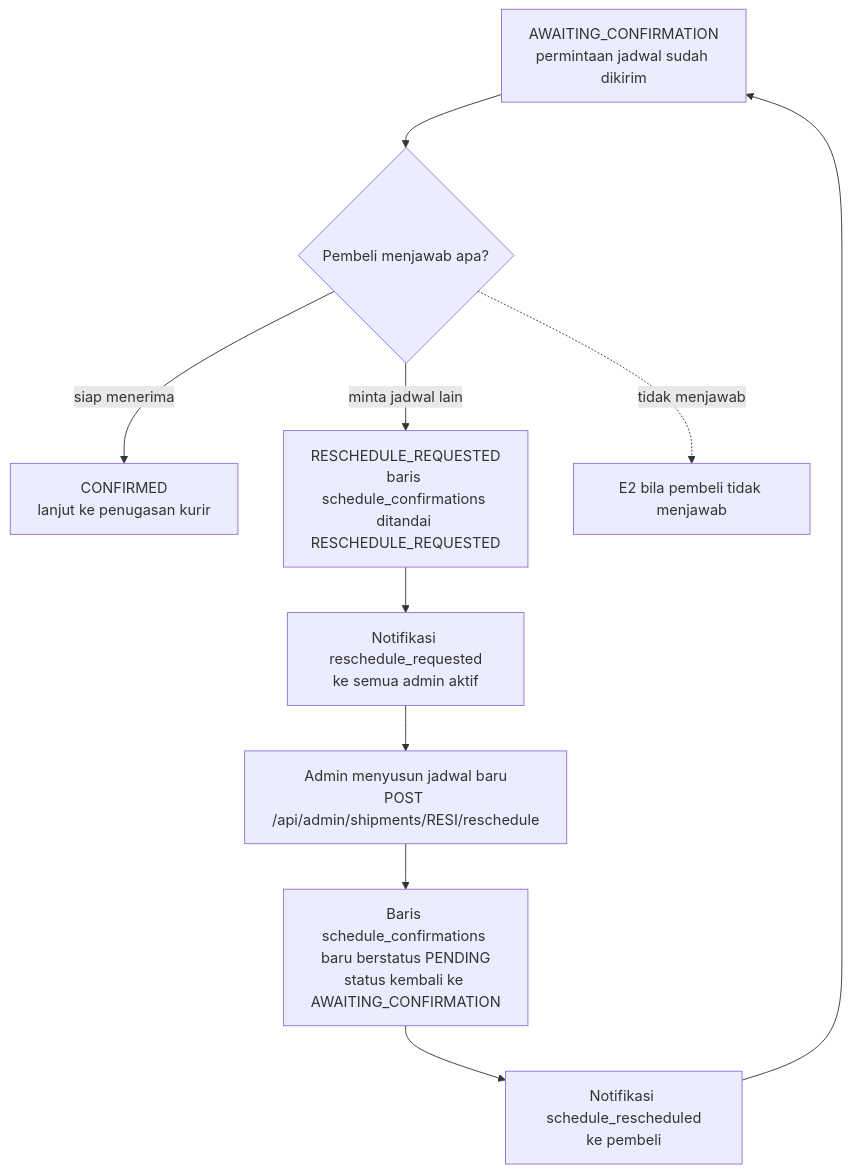
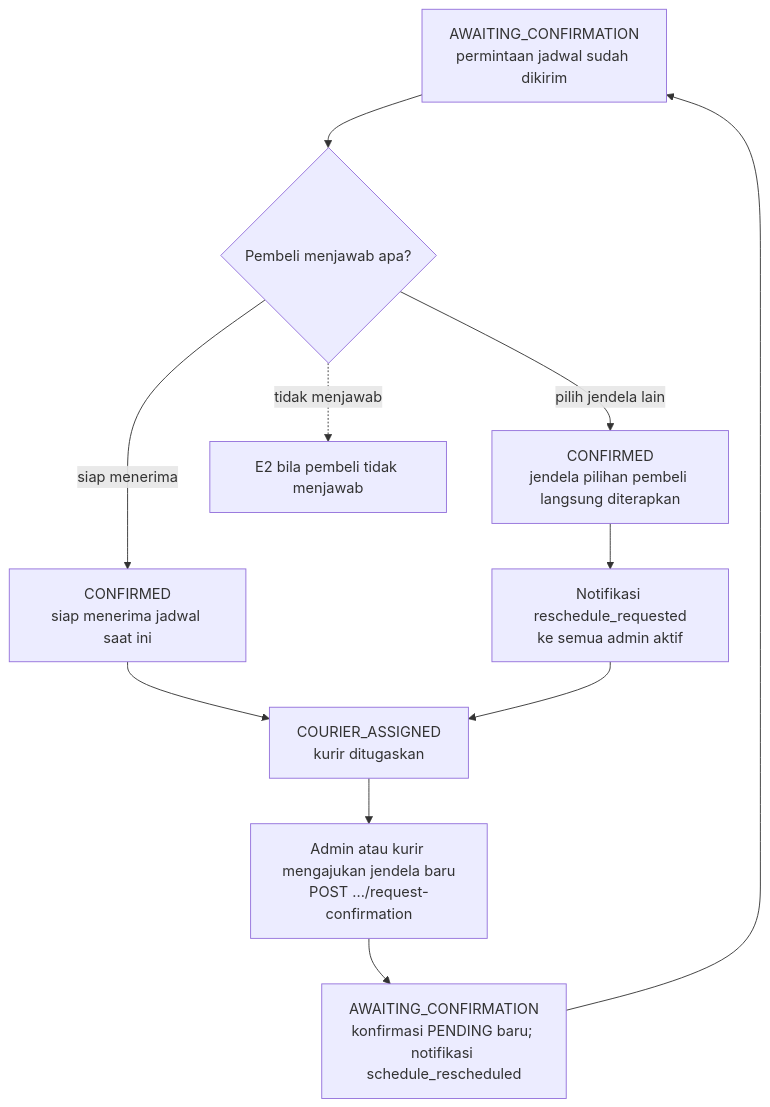
The fourth of 10 diagrams in docs/flowchart.md (KagChi/anteraja-hackathon), drawn with Mermaid before and after one commit. The commit also changed other lines of this file and 38 other files, not shown here.

First line of the commit message:
refactor(schedule): make schedule confirmation a shared admin/courier action

````diff
--- a/docs/flowchart.md
+++ b/docs/flowchart.md
@@ -332,22 +330,23 @@
 ```mermaid
 flowchart TD
     A["AWAITING_CONFIRMATION<br/>permintaan jadwal sudah dikirim"]
     B{"Pembeli menjawab apa?"}
-    C["CONFIRMED<br/>lanjut ke penugasan kurir"]
-    D["RESCHEDULE_REQUESTED<br/>baris schedule_confirmations ditandai RESCHEDULE_REQUESTED"]
+    C["CONFIRMED<br/>siap menerima jadwal saat ini"]
+    D["CONFIRMED<br/>jendela pilihan pembeli langsung diterapkan"]
     E["Notifikasi reschedule_requested<br/>ke semua admin aktif"]
-    F["Admin menyusun jadwal baru<br/>POST /api/admin/shipments/RESI/reschedule"]
-    G["Baris schedule_confirmations baru berstatus PENDING<br/>status kembali ke AWAITING_CONFIRMATION"]
-    H["Notifikasi schedule_rescheduled<br/>ke pembeli"]
+    F["COURIER_ASSIGNED<br/>kurir ditugaskan"]
+    G["Admin atau kurir mengajukan jendela baru<br/>POST .../request-confirmation"]
+    H["AWAITING_CONFIRMATION<br/>konfirmasi PENDING baru; notifikasi schedule_rescheduled"]
     I["E2 bila pembeli tidak menjawab"]
 
     A --> B
     B -->|"siap menerima"| C
-    B -->|"minta jadwal lain"| D
+    B -->|"pilih jendela lain"| D
     B -.->|"tidak menjawab"| I
     D --> E
+    C --> F
     E --> F
     F --> G
     G --> H
     H --> A
 ```
````
